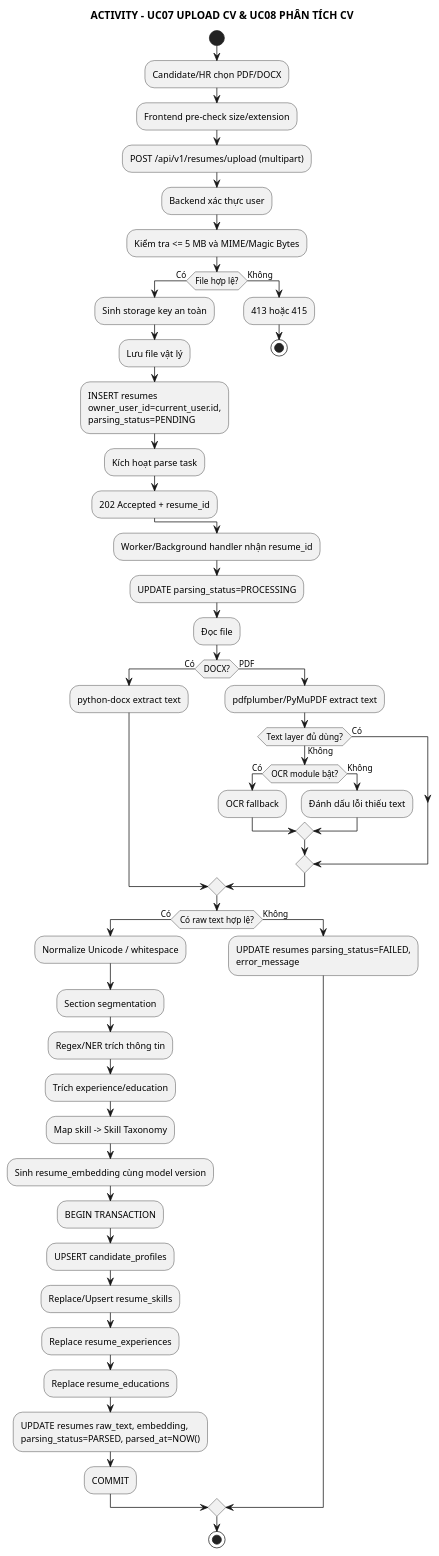
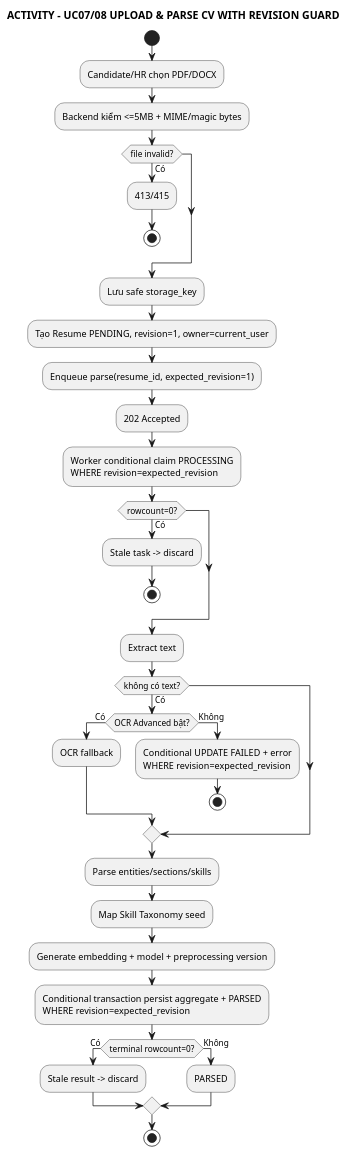
Before and after one commit to anh632k-ui/WebCVUngVienTuyenDung: the diagram in docs/03_activity/act_uc07_08_upload_parse_cv.puml, drawn with PlantUML.

Commit message:
docs(activity): guard CV parsing with expected revision

```diff
--- a/docs/03_activity/act_uc07_08_upload_parse_cv.puml
+++ b/docs/03_activity/act_uc07_08_upload_parse_cv.puml
@@ -1,63 +1,45 @@
 @startuml
 skinparam monochrome true
 skinparam shadowing false
-
-title ACTIVITY - UC07 UPLOAD CV & UC08 PHÂN TÍCH CV
+title ACTIVITY - UC07/08 UPLOAD & PARSE CV WITH REVISION GUARD
 
 start
 :Candidate/HR chọn PDF/DOCX;
-:Frontend pre-check size/extension;
-:POST /api/v1/resumes/upload (multipart);
-:Backend xác thực user;
-:Kiểm tra <= 5 MB và MIME/Magic Bytes;
-if (File hợp lệ?) then (Có)
-  :Sinh storage key an toàn;
-  :Lưu file vật lý;
-  :INSERT resumes
-  owner_user_id=current_user.id,
-  parsing_status=PENDING;
-  :Kích hoạt parse task;
-  :202 Accepted + resume_id;
-else (Không)
-  :413 hoặc 415;
+:Backend kiểm <=5MB + MIME/magic bytes;
+if (file invalid?) then (Có)
+  :413/415;
   stop
 endif
+:Lưu safe storage_key;
+:Tạo Resume PENDING, revision=1, owner=current_user;
+:Enqueue parse(resume_id, expected_revision=1);
+:202 Accepted;
 
-:Worker/Background handler nhận resume_id;
-:UPDATE parsing_status=PROCESSING;
-:Đọc file;
-if (DOCX?) then (Có)
-  :python-docx extract text;
-else (PDF)
-  :pdfplumber/PyMuPDF extract text;
-  if (Text layer đủ dùng?) then (Có)
+:Worker conditional claim PROCESSING
+WHERE revision=expected_revision;
+if (rowcount=0?) then (Có)
+  :Stale task -> discard;
+  stop
+endif
+:Extract text;
+if (không có text?) then (Có)
+  if (OCR Advanced bật?) then (Có)
+    :OCR fallback;
   else (Không)
-    if (OCR module bật?) then (Có)
-      :OCR fallback;
-    else (Không)
-      :Đánh dấu lỗi thiếu text;
-    endif
+    :Conditional UPDATE FAILED + error
+WHERE revision=expected_revision;
+    stop
   endif
 endif
-
-if (Có raw text hợp lệ?) then (Có)
-  :Normalize Unicode / whitespace;
-  :Section segmentation;
-  :Regex/NER trích thông tin;
-  :Trích experience/education;
-  :Map skill -> Skill Taxonomy;
-  :Sinh resume_embedding cùng model version;
-  :BEGIN TRANSACTION;
-  :UPSERT candidate_profiles;
-  :Replace/Upsert resume_skills;
-  :Replace resume_experiences;
-  :Replace resume_educations;
-  :UPDATE resumes raw_text, embedding,
-  parsing_status=PARSED, parsed_at=NOW();
-  :COMMIT;
+:Parse entities/sections/skills;
+:Map Skill Taxonomy seed;
+:Generate embedding + model + preprocessing version;
+:Conditional transaction persist aggregate + PARSED
+WHERE revision=expected_revision;
+if (terminal rowcount=0?) then (Có)
+  :Stale result -> discard;
 else (Không)
-  :UPDATE resumes parsing_status=FAILED,
-  error_message;
+  :PARSED;
 endif
 stop
 @enduml
```
